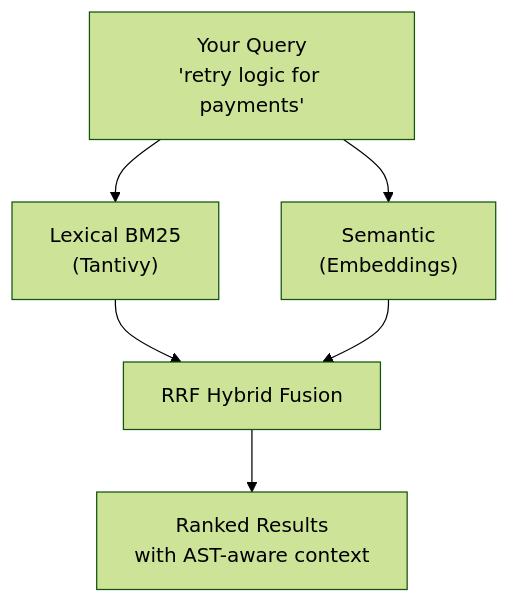
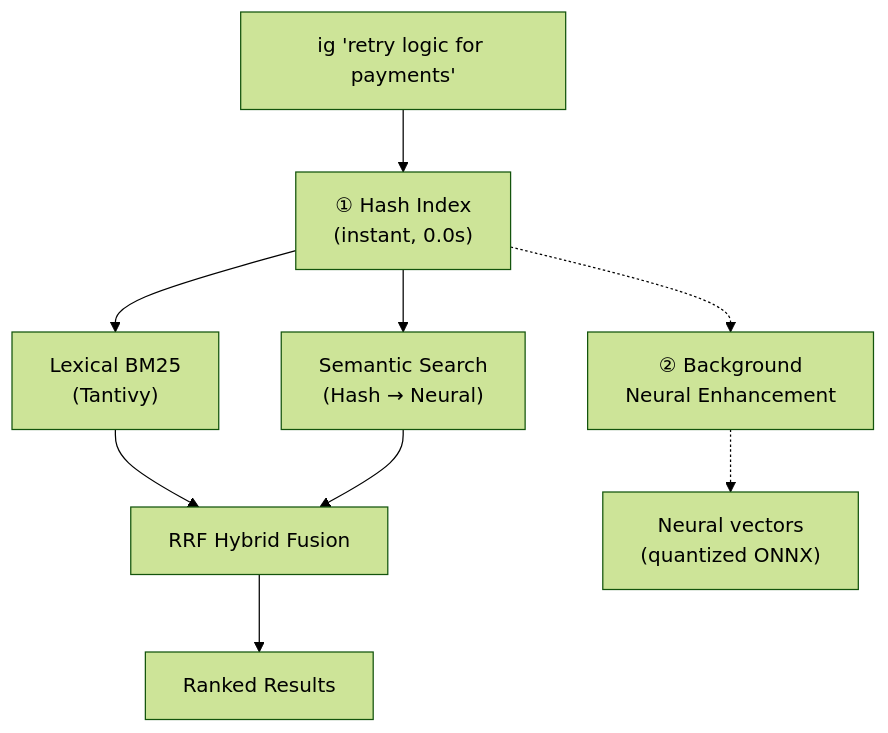
One commit to bvolpato/ivygrep changed the diagram in README.md. Above: the diagram before and after it, drawn with Mermaid (forest theme). The commit also changed other lines of this file and 2 other files, not shown here.

````diff
--- a/README.md
+++ b/README.md
@@ -98,9 +98,12 @@
 ```mermaid
 flowchart TD
-    Q["Your Query\n'retry logic for payments'"]
-    Q --> L["Lexical BM25\n(Tantivy)"]
-    Q --> S["Semantic\n(Embeddings)"]
+    Q["ig 'retry logic for payments'"]
+    Q --> I["①  Hash Index\n(instant, 0.0s)"]
+    I --> L["Lexical BM25\n(Tantivy)"]
+    I --> S["Semantic Search\n(Hash → Neural)"]
     L --> F["RRF Hybrid Fusion"]
     S --> F
-    F --> R["Ranked Results\nwith AST-aware context"]
+    F --> R["Ranked Results"]
+    I -.-> BG["② Background\nNeural Enhancement"]
+    BG -.-> NV["Neural vectors\n(quantized ONNX)"]
 ```
````
